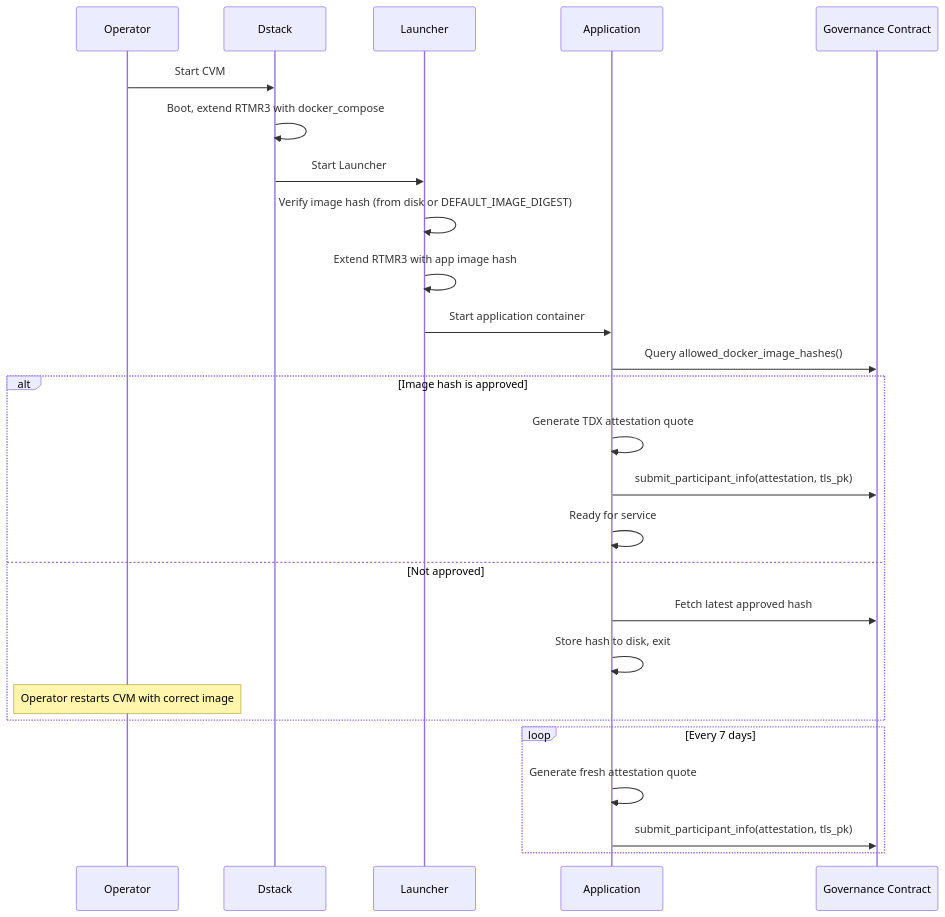
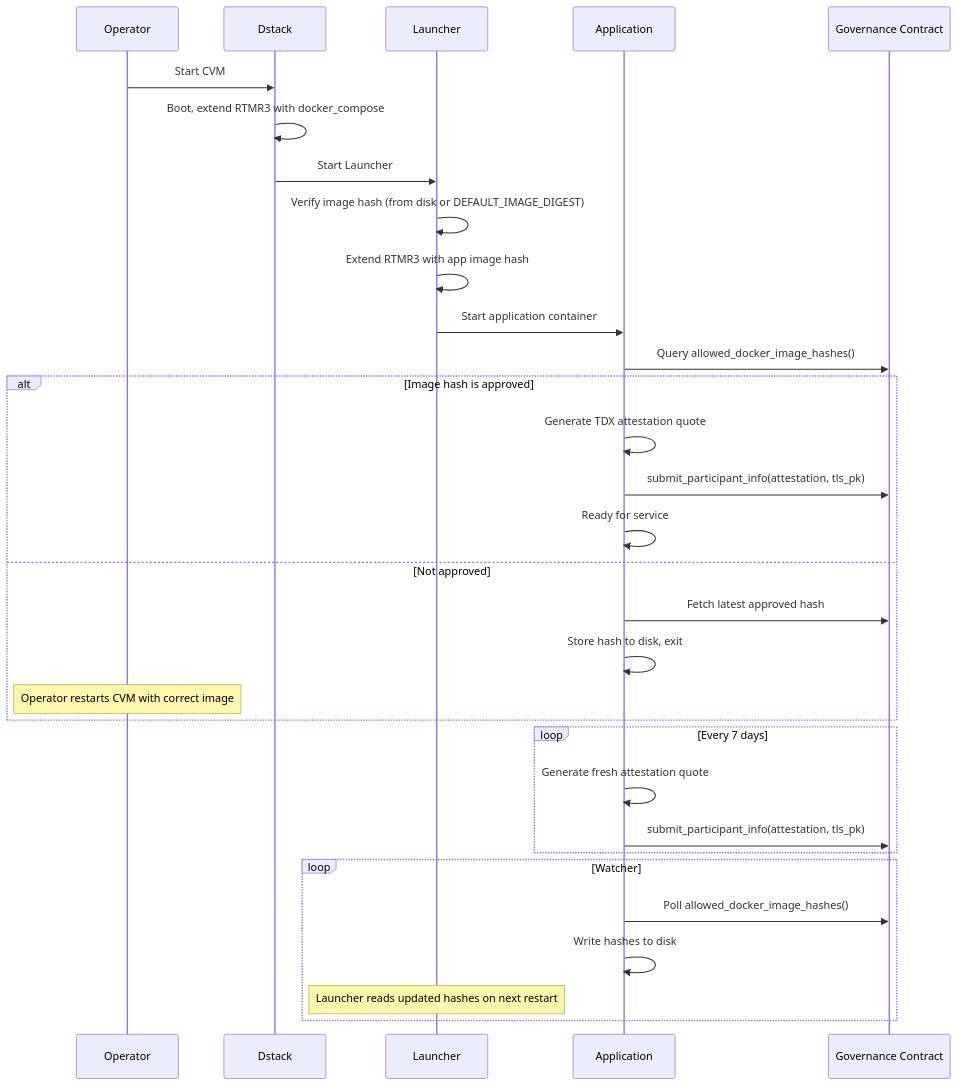
The second of 4 diagrams in docs/tee-lifecycle.md (near/mpc), drawn with Mermaid before and after one commit. The commit also changed 1 other file, not shown here.

Commit message:
Add allowed-hash watcher loop for Archive Signer and boot diagram
The Archive Signer example previously used bail! without writing
hashes to disk. Replaced with a continuous watcher loop matching
the MPC node's pattern (monitor_allowed_image_hashes), where hashes
are always written to disk for the Launcher. Also added a Watcher
loop to the boot sequence diagram in tee-lifecycle.md to show that
all TEE services continuously poll and persist allowed hashes.

````diff
--- a/docs/tee-lifecycle.md
+++ b/docs/tee-lifecycle.md
@@ -98,31 +98,37 @@
 ```mermaid
 sequenceDiagram
     participant OP as Operator
     participant DS as Dstack
     participant LA as Launcher
     participant APP as Application
     participant SC as Governance Contract
 
     OP ->> DS: Start CVM
     DS ->> DS: Boot, extend RTMR3 with docker_compose
     DS ->> LA: Start Launcher
     LA ->> LA: Verify image hash (from disk or DEFAULT_IMAGE_DIGEST)
     LA ->> LA: Extend RTMR3 with app image hash
     LA ->> APP: Start application container
 
     APP ->> SC: Query allowed_docker_image_hashes()
     alt Image hash is approved
         APP ->> APP: Generate TDX attestation quote
         APP ->> SC: submit_participant_info(attestation, tls_pk)
         APP ->> APP: Ready for service
     else Not approved
         APP ->> SC: Fetch latest approved hash
         APP ->> APP: Store hash to disk, exit
         Note over OP: Operator restarts CVM with correct image
     end
 
     loop Every 7 days
         APP ->> APP: Generate fresh attestation quote
         APP ->> SC: submit_participant_info(attestation, tls_pk)
     end
+
+    loop Watcher
+        APP ->> SC: Poll allowed_docker_image_hashes()
+        APP ->> APP: Write hashes to disk
+        Note over LA: Launcher reads updated hashes on next restart
+    end
 ```
````
